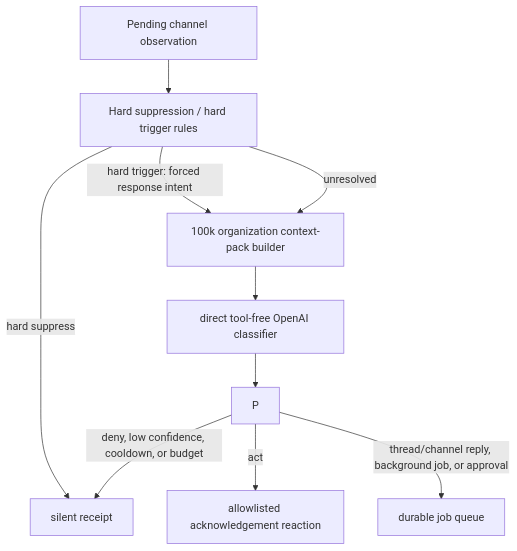
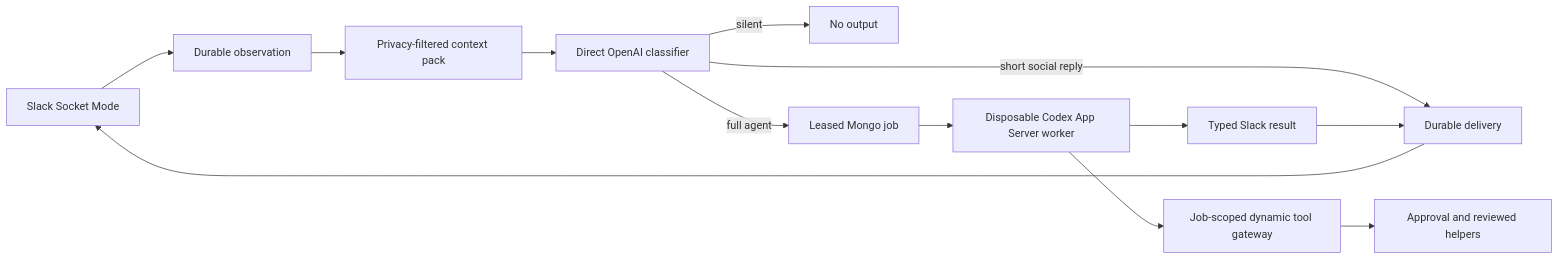
Before and after one commit to telemetryOS/tos-tag: the diagram in architecture.md, drawn with Mermaid. The commit also changed other lines of this file and 101 other files, not shown here.

Commit message:
feat: complete Codex Slack agent runtime

````diff
--- a/architecture.md
+++ b/architecture.md
@@ -488,12 +32,15 @@
 ```mermaid
-flowchart TD
-    O["Pending channel observation"] --> H["Hard suppression / hard trigger rules"]
-    H -->|"hard suppress"| S["silent receipt"]
-    H -->|"hard trigger: forced response intent"| C
-    H -->|"unresolved"| C["100k organization context-pack builder"]
-    C --> R["direct tool-free OpenAI classifier"]
-    R --> P
-    P -->|"deny, low confidence, cooldown, or budget"| S
-    P -->|"act"| Q["allowlisted acknowledgement reaction"]
-    P -->|"thread/channel reply, background job, or approval"| J["durable job queue"]
+flowchart LR
+    S["Slack Socket Mode"] --> O["Durable observation"]
+    O --> C["Privacy-filtered context pack"]
+    C --> G["Direct OpenAI classifier"]
+    G -->|silent| Z["No output"]
+    G -->|short social reply| D["Durable delivery"]
+    G -->|full agent| J["Leased Mongo job"]
+    J --> W["Disposable Codex App Server worker"]
+    W --> T["Job-scoped dynamic tool gateway"]
+    W --> R["Typed Slack result"]
+    T --> A["Approval and reviewed helpers"]
+    R --> D
+    D --> S
 ```
````
